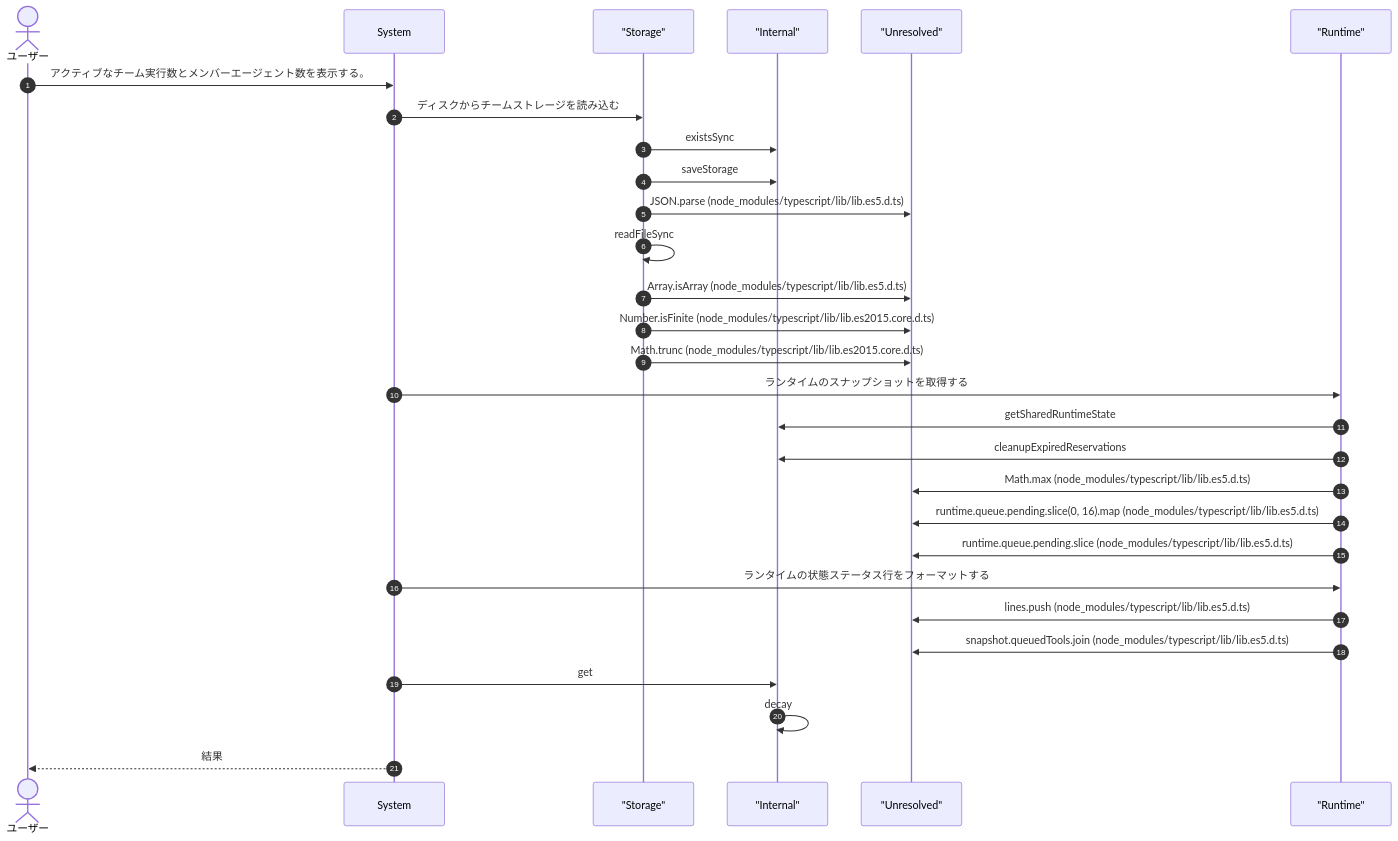
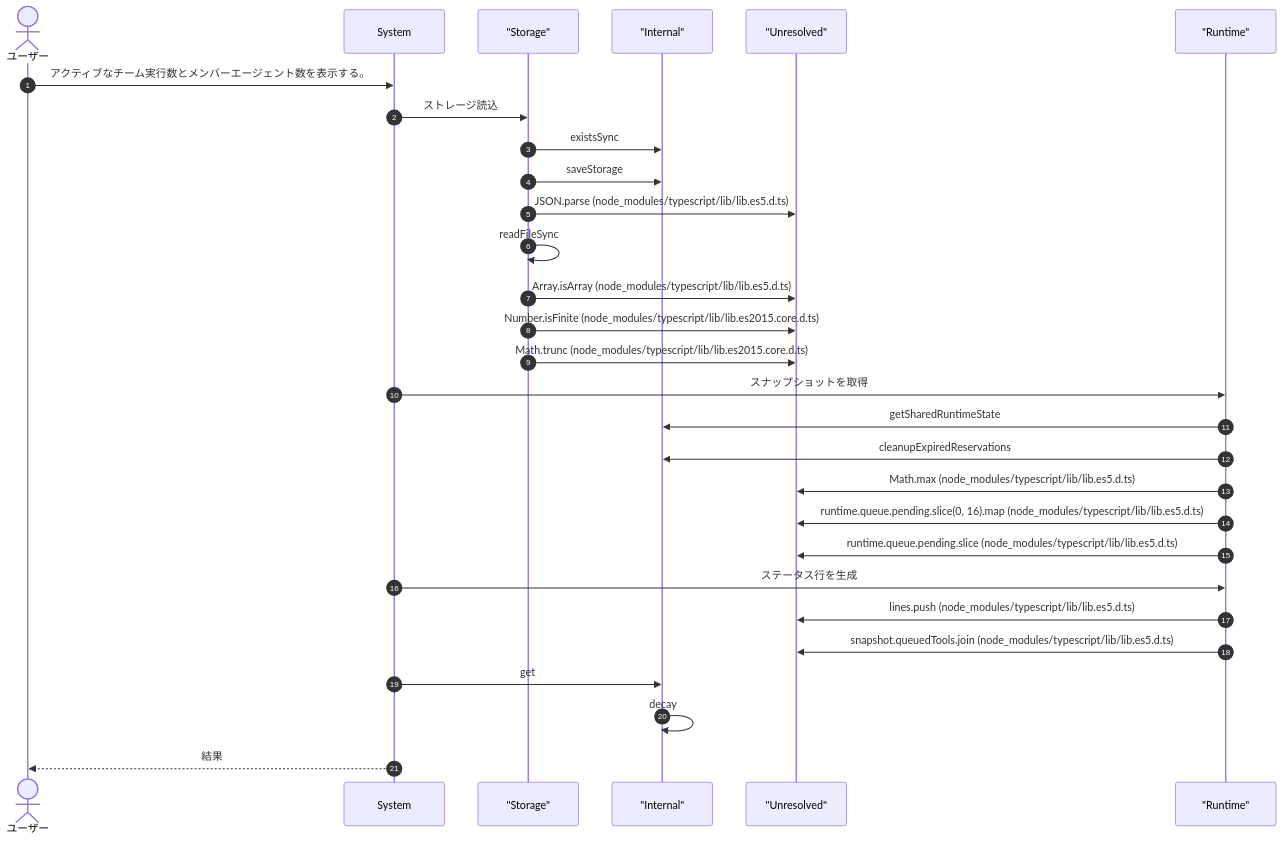
One commit to Mekann2904/mekann changed the sixth of 10 diagrams in ABDD/.pi/extensions/agent-teams.md. Above: the diagram before and after it, drawn with Mermaid. The commit also changed other lines of this file and 212 other files, not shown here.

````diff
--- a/ABDD/.pi/extensions/agent-teams.md
+++ b/ABDD/.pi/extensions/agent-teams.md
@@ -568,33 +568,33 @@
 ```mermaid
 sequenceDiagram
   autonumber
   actor User as ユーザー
   participant System as System
   participant Storage as "Storage"
   participant Internal as "Internal"
   participant Unresolved as "Unresolved"
   participant Runtime as "Runtime"
 
   User->>System: アクティブなチーム実行数とメンバーエージェント数を表示する。
-  System->>Storage: ディスクからチームストレージを読み込む
+  System->>Storage: ストレージ読込
   Storage->>Internal: existsSync
   Storage->>Internal: saveStorage
   Storage->>Unresolved: JSON.parse (node_modules/typescript/lib/lib.es5.d.ts)
   Storage->>Storage: readFileSync
   Storage->>Unresolved: Array.isArray (node_modules/typescript/lib/lib.es5.d.ts)
   Storage->>Unresolved: Number.isFinite (node_modules/typescript/lib/lib.es2015.core.d.ts)
   Storage->>Unresolved: Math.trunc (node_modules/typescript/lib/lib.es2015.core.d.ts)
-  System->>Runtime: ランタイムのスナップショットを取得する
+  System->>Runtime: スナップショットを取得
   Runtime->>Internal: getSharedRuntimeState
   Runtime->>Internal: cleanupExpiredReservations
   Runtime->>Unresolved: Math.max (node_modules/typescript/lib/lib.es5.d.ts)
   Runtime->>Unresolved: runtime.queue.pending.slice(0, 16).map (node_modules/typescript/lib/lib.es5.d.ts)
   Runtime->>Unresolved: runtime.queue.pending.slice (node_modules/typescript/lib/lib.es5.d.ts)
-  System->>Runtime: ランタイムの状態ステータス行をフォーマットする
+  System->>Runtime: ステータス行を生成
   Runtime->>Unresolved: lines.push (node_modules/typescript/lib/lib.es5.d.ts)
   Runtime->>Unresolved: snapshot.queuedTools.join (node_modules/typescript/lib/lib.es5.d.ts)
   System->>Internal: get
   Internal->>Internal: decay
   System-->>User: 結果
 
 ```
````
